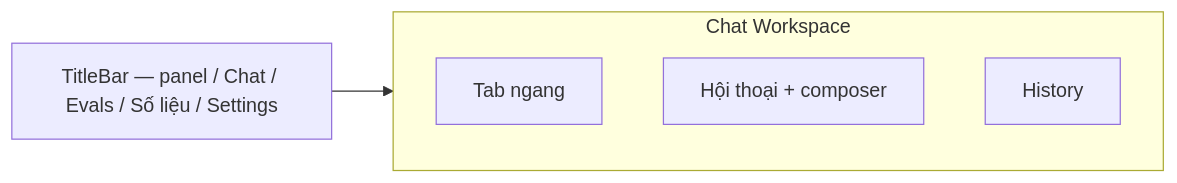
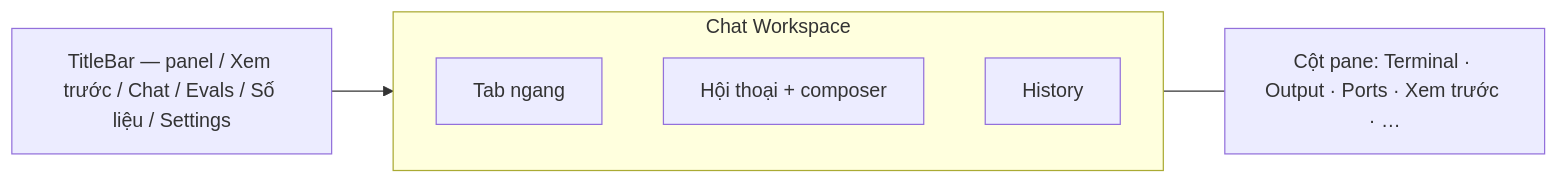
The diagram in docs/frontend/layout.md (walongdogiang/silence-platform), drawn with Mermaid before and after one commit. The commit also changed other lines of this file and 29 other files, not shown here.

````diff
--- a/docs/frontend/layout.md
+++ b/docs/frontend/layout.md
@@ -20,10 +23,12 @@
 ```mermaid
 flowchart LR
-  TB[TitleBar — panel / Chat / Evals / Số liệu / Settings]
+  TB[TitleBar — panel / Xem trước / Chat / Evals / Số liệu / Settings]
   subgraph chat [Chat Workspace]
     TAB[Tab ngang]
     WS[Hội thoại + composer]
     HZ[History]
   end
+  PANE[Cột pane: Terminal · Output · Ports · Xem trước · …]
   TB --> chat
+  chat --- PANE
 ```
````
